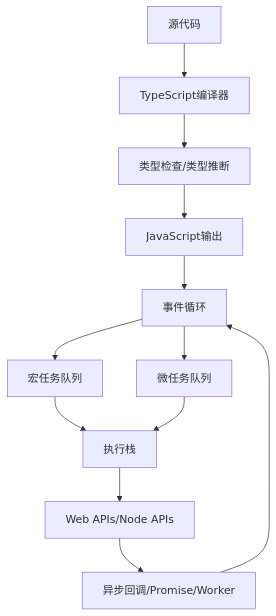
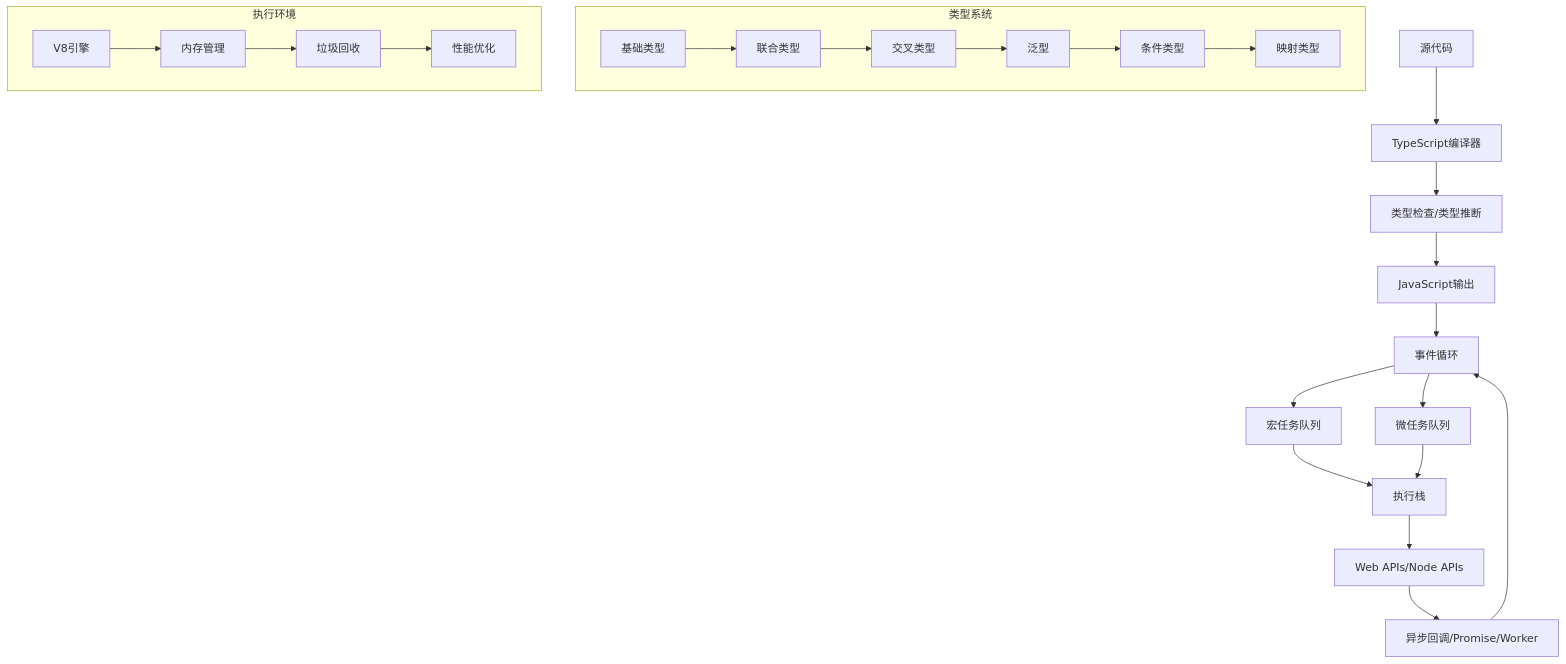
Before and after one commit to AdaMartin18010/uiueux: the diagram in Refactor/3.编程语言范式/3.4 TypeScript-JavaScript.md, drawn with Mermaid. The commit also changed other lines of this file and 11 other files, not shown here.

````diff
--- a/Refactor/3.编程语言范式/3.4 TypeScript-JavaScript.md
+++ b/Refactor/3.编程语言范式/3.4 TypeScript-JavaScript.md
@@ -35,13 +71,27 @@
 ```mermaid
 flowchart TD
     A[源代码] --> B[TypeScript编译器]
     B --> C[类型检查/类型推断]
     C --> D[JavaScript输出]
     D --> E[事件循环]
     E --> F[宏任务队列]
     E --> G[微任务队列]
     F & G --> H[执行栈]
     H --> I[Web APIs/Node APIs]
     I --> J[异步回调/Promise/Worker]
     J --> E
+    
+    subgraph "类型系统"
+        K[基础类型] --> L[联合类型]
+        L --> M[交叉类型]
+        M --> N[泛型]
+        N --> O[条件类型]
+        O --> P[映射类型]
+    end
+    
+    subgraph "执行环境"
+        Q[V8引擎] --> R[内存管理]
+        R --> S[垃圾回收]
+        S --> T[性能优化]
+    end
 ```
````
